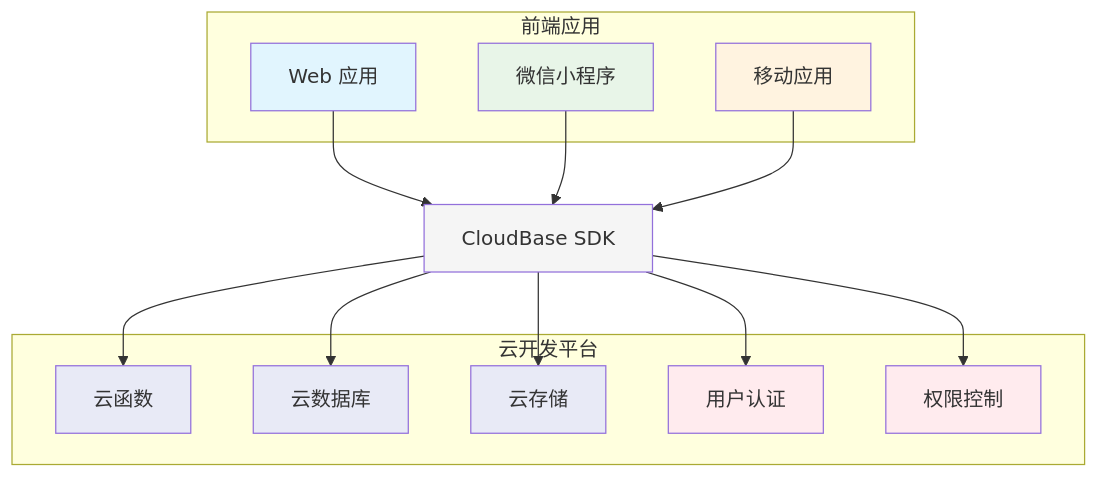
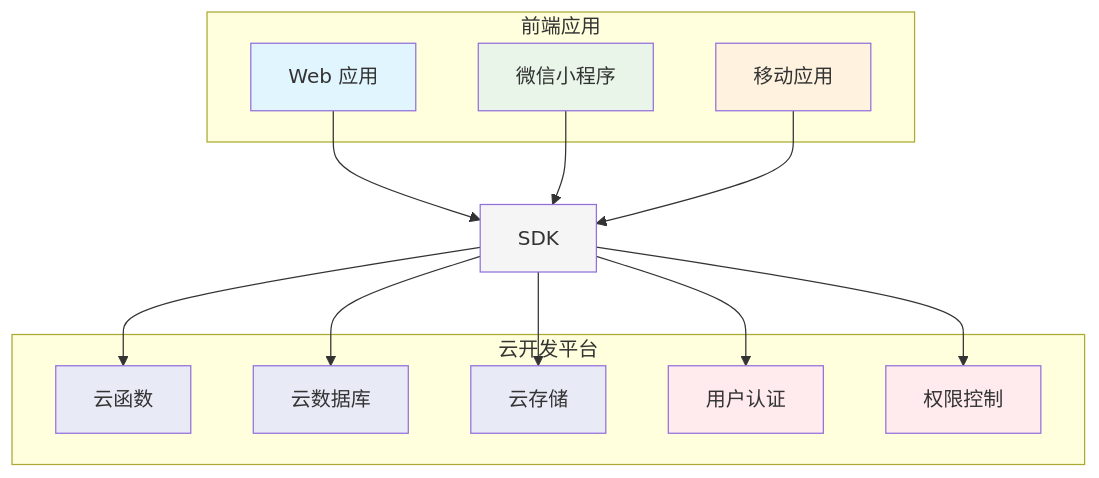
Before and after one commit to TencentCloudBase/CloudBase-AI-ToolKit: the first of 2 diagrams in doc/index.md, drawn with Mermaid. The commit also changed 9 other files, not shown here.

````diff
--- a/doc/index.md
+++ b/doc/index.md
@@ -69,38 +69,38 @@
 ```mermaid
 graph TB
     subgraph "前端应用"
         A[Web 应用]
         B[微信小程序]
         C[移动应用]
     end
     
-    D[CloudBase SDK]
+    D[SDK]
     
     subgraph "云开发平台"
         E[云函数]
         F[云数据库]
         G[云存储]
         H[用户认证]
         I[权限控制]
     end
     
     A --> D
     B --> D
     C --> D
     
     D --> E
     D --> F
     D --> G
     D --> H
     D --> I
     
     style A fill:#e1f5fe
     style B fill:#e8f5e8
     style C fill:#fff3e0
     style D fill:#f5f5f5
     style E fill:#e8eaf6
     style F fill:#e8eaf6
     style G fill:#e8eaf6
     style H fill:#ffebee
     style I fill:#ffebee
 ```
````
